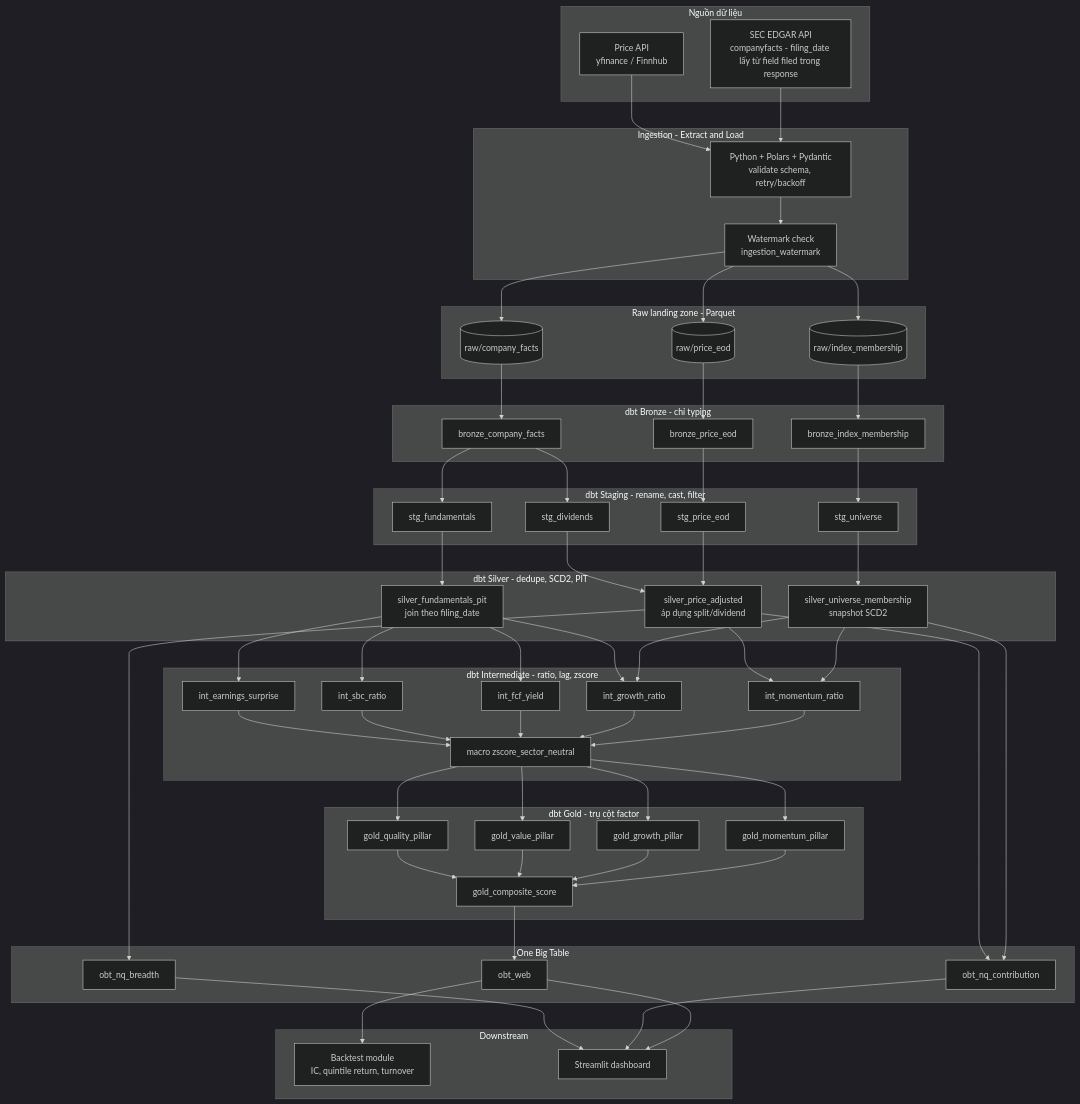
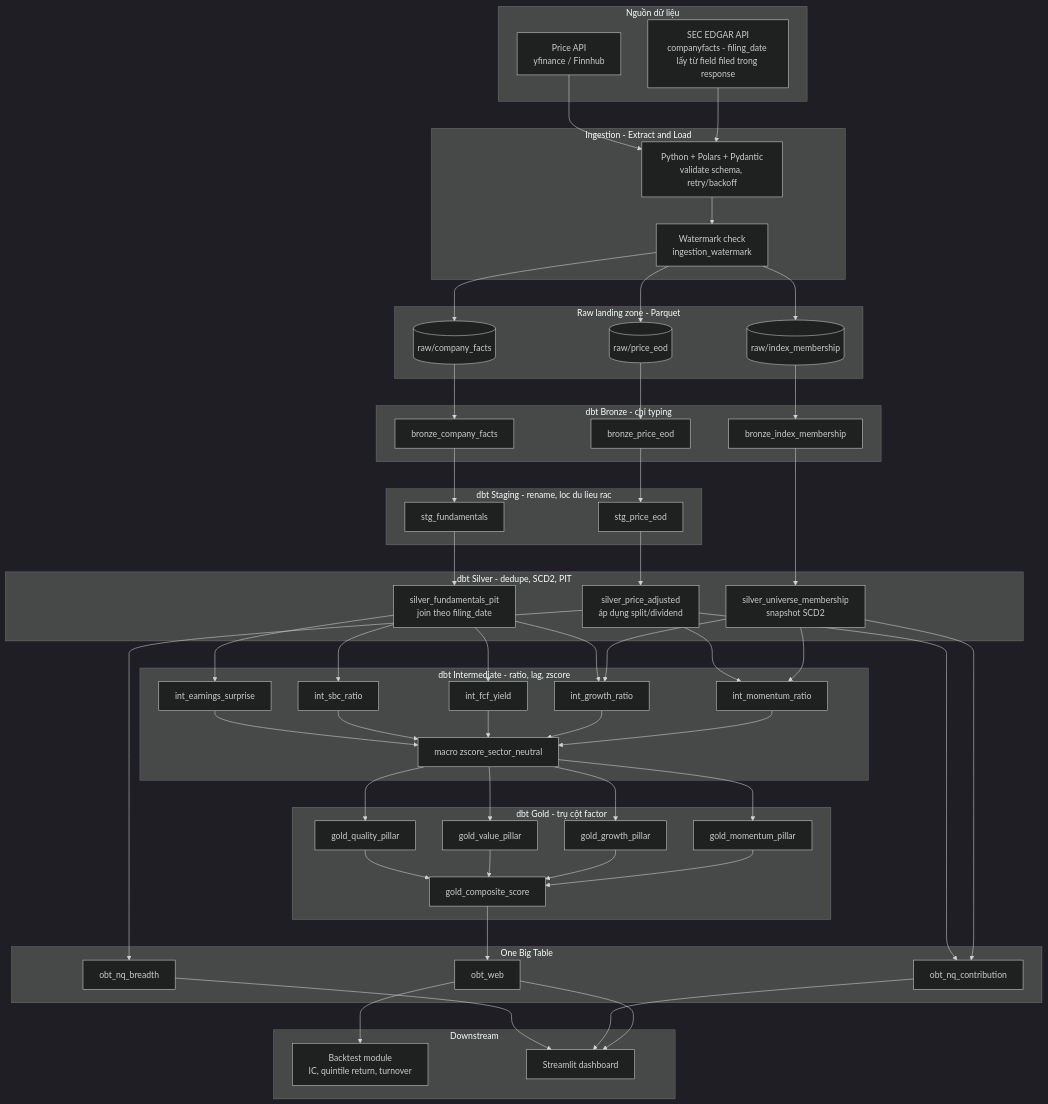
Before and after one commit to PhucTruong11/NASDAQ100-Quantamental: the first of 7 diagrams in data-flow.md, drawn with Mermaid (dark theme). The commit also changed 6 other files, not shown here.

```diff
--- a/data-flow.md
+++ b/data-flow.md
@@ -26,11 +26,9 @@
         D4[bronze_index_membership]
     end
 
-    subgraph STG[dbt Staging - rename, cast, filter]
+    subgraph STG[dbt Staging - rename, loc du lieu rac]
         E1[stg_price_eod]
         E2[stg_fundamentals]
-        E3[stg_dividends]
-        E4[stg_universe]
     end
 
     subgraph SILVER[dbt Silver - dedupe, SCD2, PIT]
@@ -80,13 +78,10 @@
 
     D1 --> E1
     D2 --> E2
-    D2 --> E3
-    D4 --> E4
+    D4 --> F1
 
     E1 --> F2
     E2 --> F3
-    E3 --> F2
-    E4 --> F1
 
     F1 --> G1
     F1 --> G2
```
